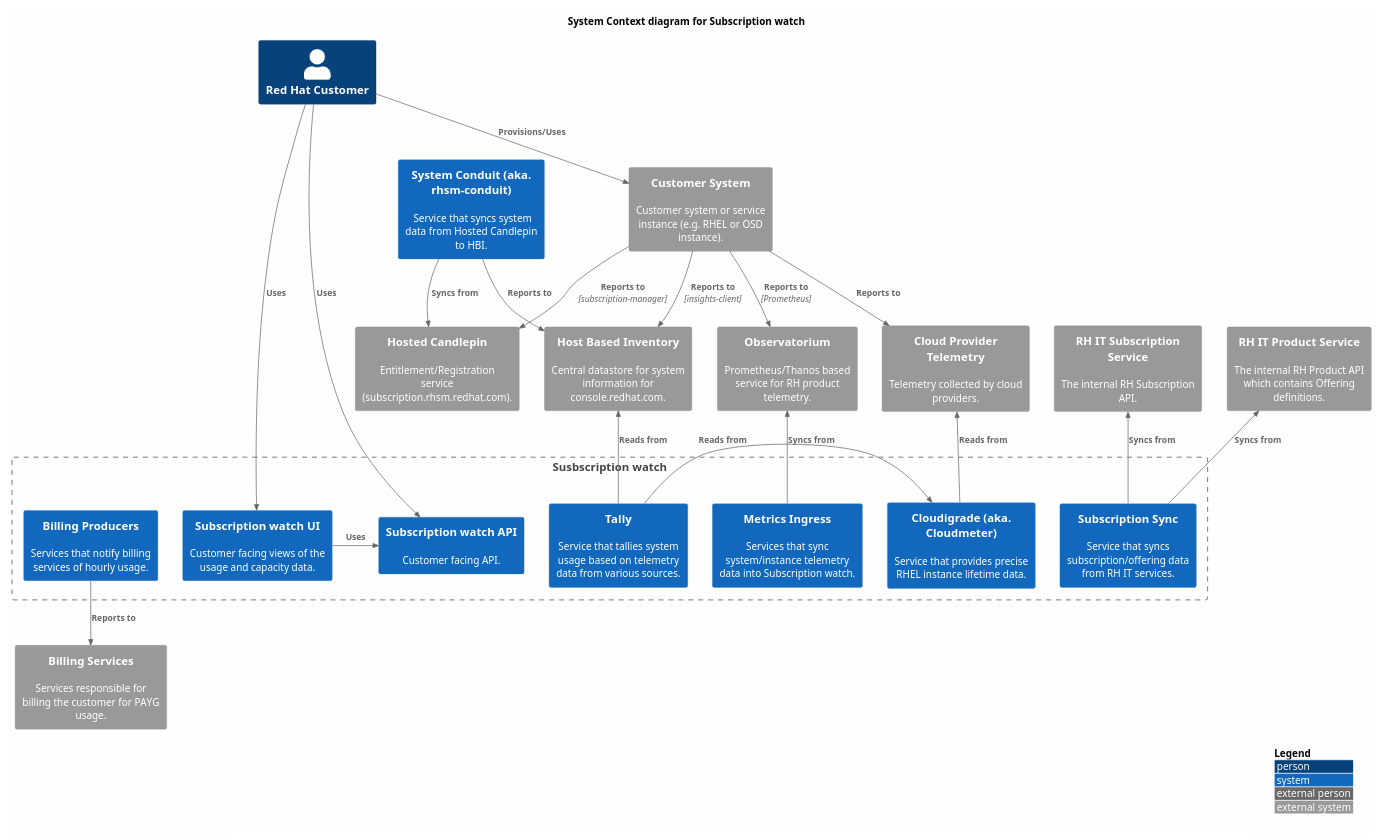
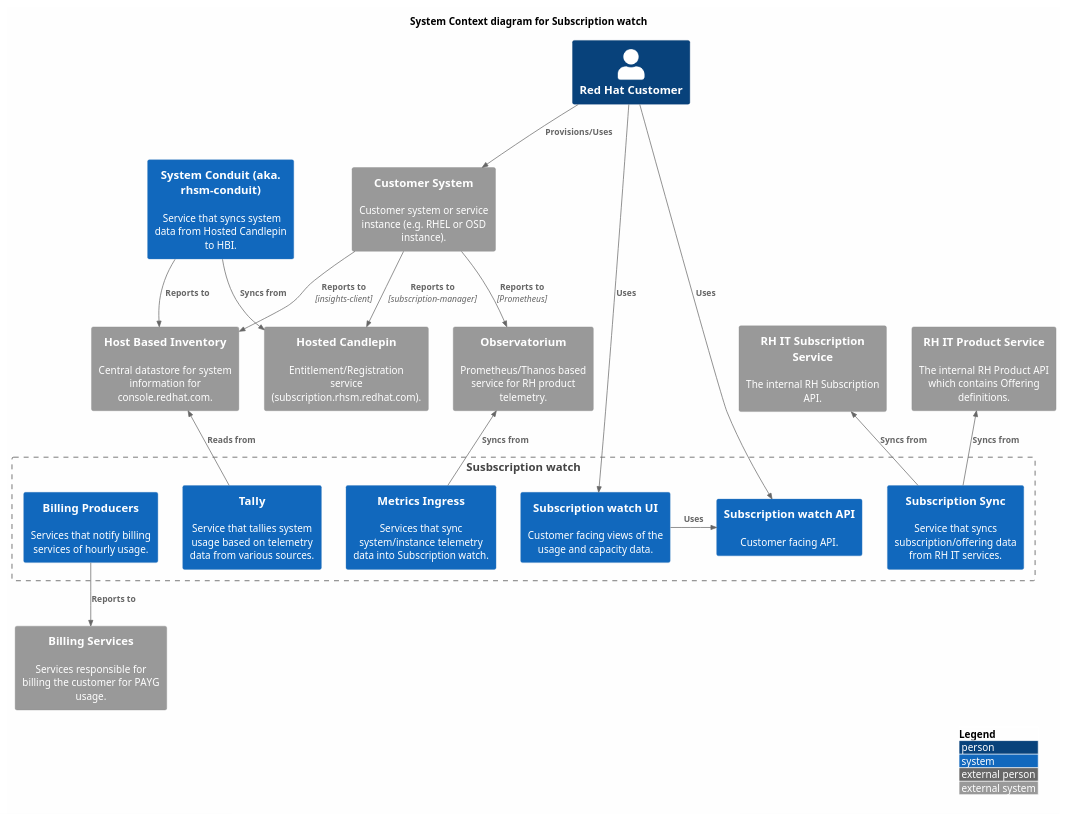
The diagram in docs/context.puml (RedHatInsights/rhsm-subscriptions), drawn with PlantUML before and after one commit. The commit also changed 39 other files, not shown here.

```diff
--- a/docs/context.puml
+++ b/docs/context.puml
@@ -1,51 +1,46 @@
 @startuml
 !include <C4/C4_Context>
 
 ' see https://forum.plantuml.net/8356/white-backgrounds-are-rendered-transparent-in-svg
 skinparam backgroundColor #FEFEFE
 
 LAYOUT_WITH_LEGEND()
 
 title System Context diagram for Subscription watch
 
 Person(customer, "Red Hat Customer")
 
 Boundary(swatch, "Susbscription watch") {
   System(ui, "Subscription watch UI", "Customer facing views of the usage and capacity data.")
   System(api, "Subscription watch API", "Customer facing API.")
   System(metrics_ingress, "Metrics Ingress", "Services that sync system/instance telemetry data into Subscription watch.")
-  System(cloudigrade, "Cloudigrade (aka. Cloudmeter)", "Service that provides precise RHEL instance lifetime data.")
   System(tally, "Tally", "Service that tallies system usage based on telemetry data from various sources.")
   System(subscription_sync, "Subscription Sync", "Service that syncs subscription/offering data from RH IT services.")
   System(billing_producers, "Billing Producers", "Services that notify billing services of hourly usage.")
 }
 
 System(system_conduit, "System Conduit (aka. rhsm-conduit)", " Service that syncs system data from Hosted Candlepin to HBI.")
 
 System_Ext(customer_system, "Customer System", "Customer system or service instance (e.g. RHEL or OSD instance).")
 System_Ext(observatorium, "Observatorium", "Prometheus/Thanos based service for RH product telemetry.")
 System_Ext(candlepin, "Hosted Candlepin", "Entitlement/Registration service (subscription.rhsm.redhat.com).")
-System_Ext(cloud_provider, "Cloud Provider Telemetry", "Telemetry collected by cloud providers.")
 System_Ext(hbi, "Host Based Inventory", "Central datastore for system information for console.redhat.com.")
 System_Ext(rhit_subscriptions, "RH IT Subscription Service", "The internal RH Subscription API.")
 System_Ext(rhit_product, "RH IT Product Service", "The internal RH Product API which contains Offering definitions.")
 System_Ext(billing_services, "Billing Services", "Services responsible for billing the customer for PAYG usage.")
 
 Rel(customer, ui, "Uses")
 Rel(customer, api, "Uses")
 Rel(customer, customer_system, "Provisions/Uses")
 Rel(customer_system, candlepin, "Reports to", "subscription-manager")
 Rel(customer_system, observatorium, "Reports to", "Prometheus")
 Rel(customer_system, hbi, "Reports to", "insights-client")
 Rel(system_conduit, hbi, "Reports to")
 Rel_Neighbor(system_conduit, candlepin, "Syncs from")
 Rel_Neighbor(ui, api, "Uses")
-Rel(customer_system, cloud_provider, "Reports to")
 Rel_Back(observatorium, metrics_ingress, "Syncs from")
 Rel_Back(hbi, tally, "Reads from")
-Rel_Back(cloud_provider, cloudigrade, "Reads from")
-Rel_Neighbor(tally, cloudigrade, "Reads from")
 Rel_Back(rhit_subscriptions, subscription_sync, "Syncs from")
 Rel_Back(rhit_product, subscription_sync, "Syncs from")
 Rel(billing_producers, billing_services, "Reports to")
 @enduml
```
